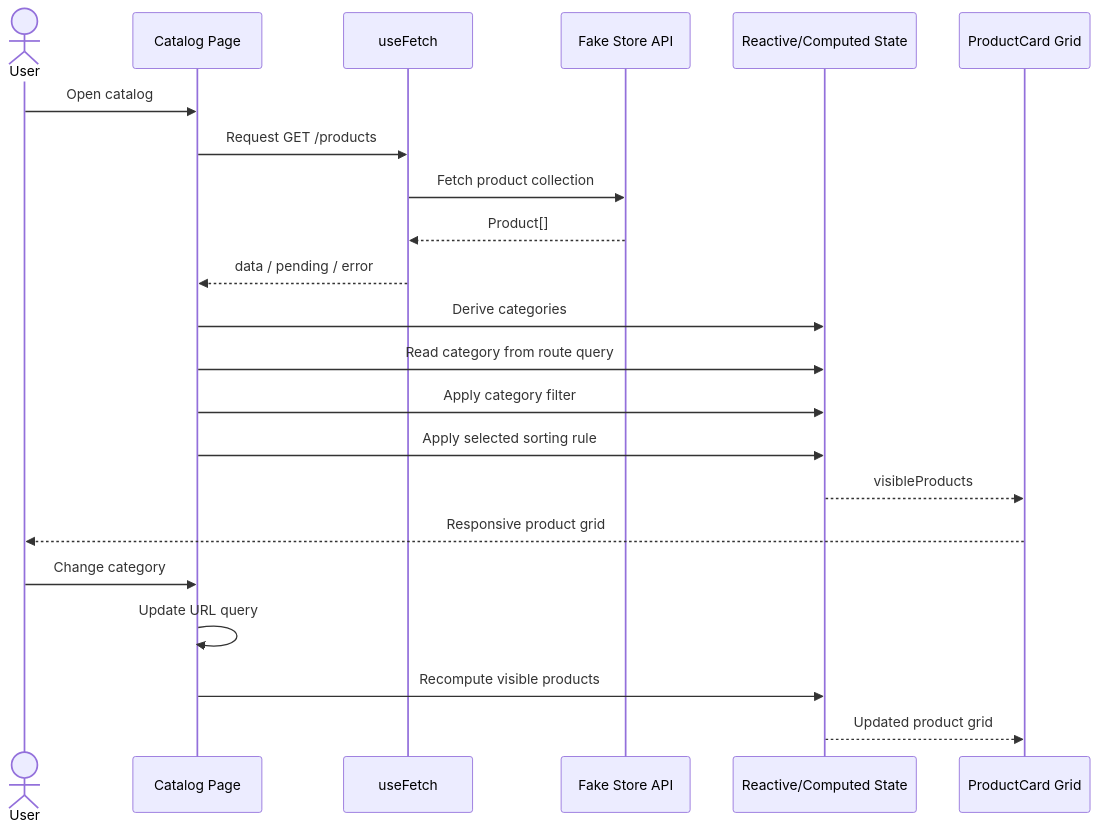
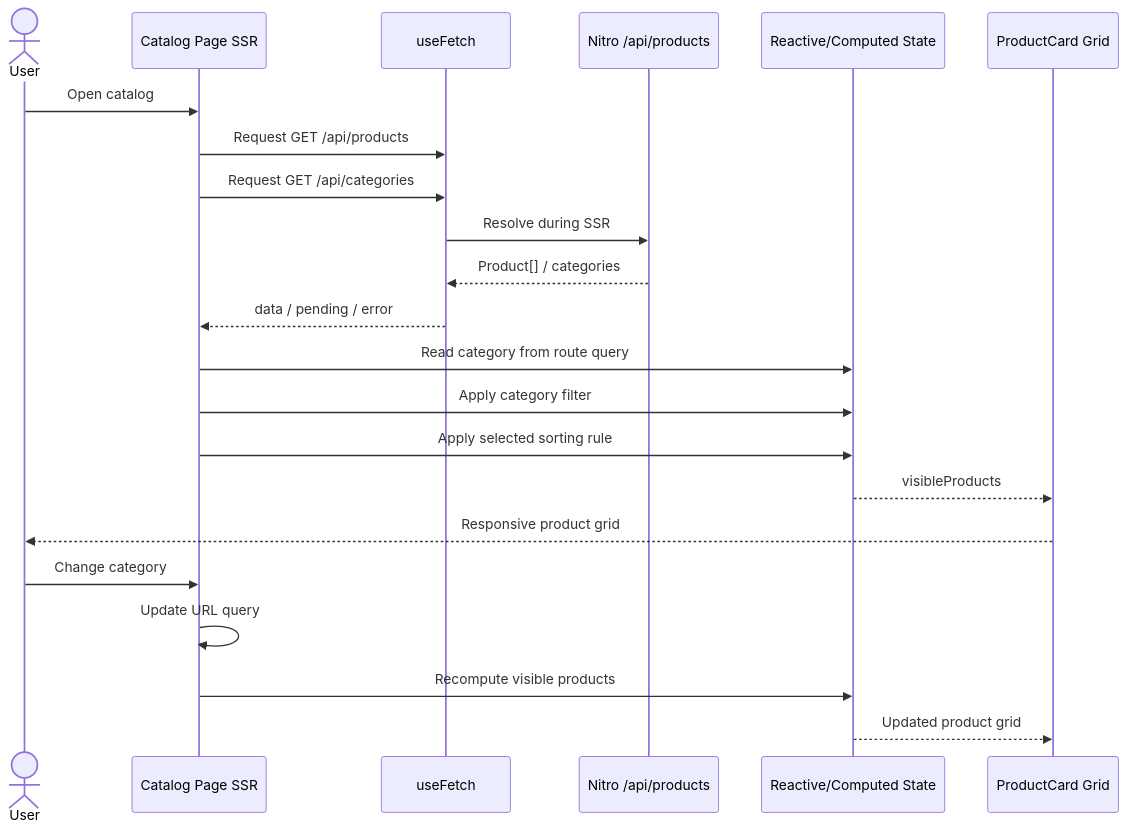
Before and after one commit to mohetios/nuxt-commerce-demo: the second of 5 diagrams in README.md, drawn with Mermaid. The commit also changed other lines of this file and 1 other file, not shown here.

First line of the commit message:
docs: document SSR architecture, demo API, and Cloudflare deploy

````diff
--- a/README.md
+++ b/README.md
@@ -118,27 +177,27 @@
 ```mermaid
 sequenceDiagram
     actor User
-    participant Page as Catalog Page
+    participant Page as Catalog Page SSR
     participant Nuxt as useFetch
-    participant API as Fake Store API
+    participant API as Nitro /api/products
     participant State as Reactive/Computed State
     participant UI as ProductCard Grid
 
     User->>Page: Open catalog
-    Page->>Nuxt: Request GET /products
-    Nuxt->>API: Fetch product collection
-    API-->>Nuxt: Product[]
+    Page->>Nuxt: Request GET /api/products
+    Page->>Nuxt: Request GET /api/categories
+    Nuxt->>API: Resolve during SSR
+    API-->>Nuxt: Product[] / categories
     Nuxt-->>Page: data / pending / error
 
-    Page->>State: Derive categories
     Page->>State: Read category from route query
     Page->>State: Apply category filter
     Page->>State: Apply selected sorting rule
     State-->>UI: visibleProducts
     UI-->>User: Responsive product grid
 
     User->>Page: Change category
     Page->>Page: Update URL query
     Page->>State: Recompute visible products
     State-->>UI: Updated product grid
 ```
````
